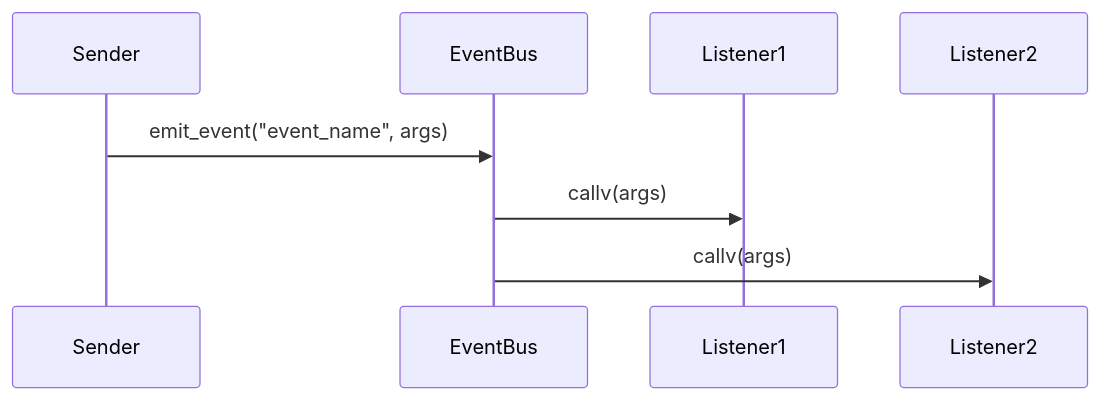
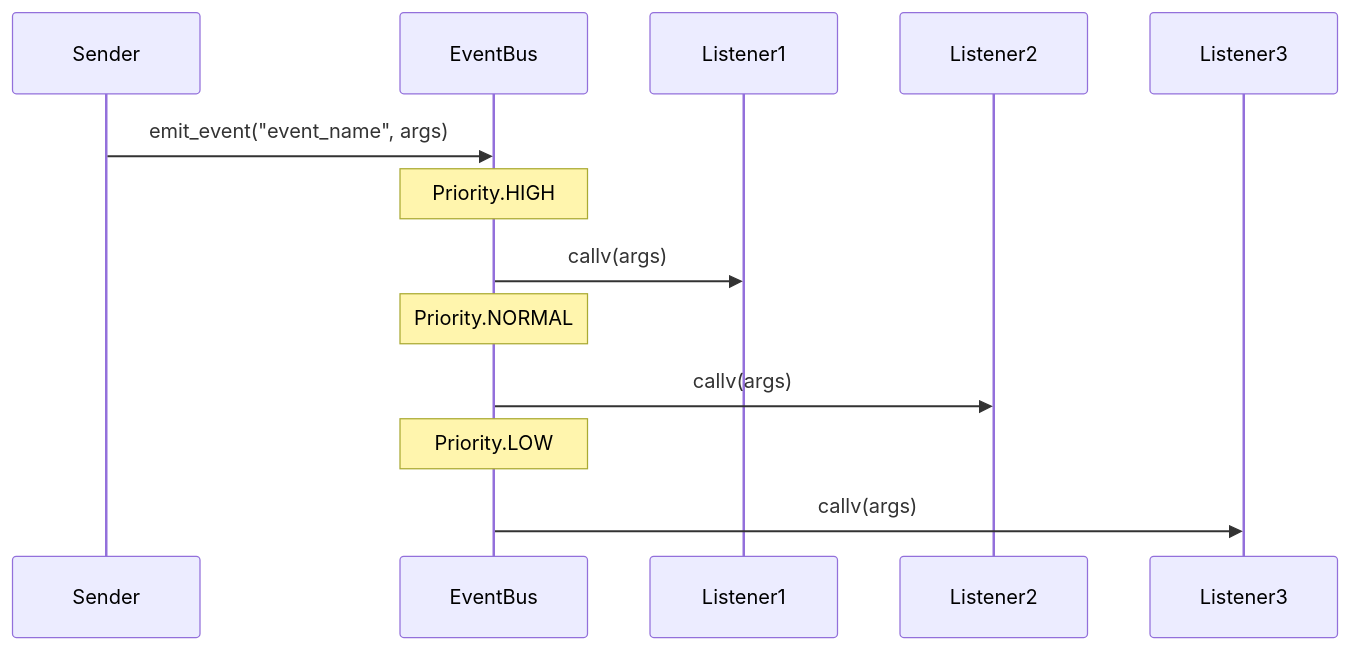
The second of 3 diagrams in Docs/10_CoreDocs/15_ImplementationSpecs/15.2_EventBus.md (nel2116/GodotGame), drawn with Mermaid before and after one commit. The commit also changed other lines of this file and 2 other files, not shown here.

Commit message:
feat: EventBusに優先順位付きイベント処理と非同期イベント処理を実装 Closes #3

````diff
--- a/Docs/10_CoreDocs/15_ImplementationSpecs/15.2_EventBus.md
+++ b/Docs/10_CoreDocs/15_ImplementationSpecs/15.2_EventBus.md
@@ -146,11 +187,16 @@
 ```mermaid
 sequenceDiagram
     participant Sender
     participant EventBus
     participant Listener1
     participant Listener2
+    participant Listener3
 
     Sender->>EventBus: emit_event("event_name", args)
+    Note over EventBus: Priority.HIGH
     EventBus->>Listener1: callv(args)
+    Note over EventBus: Priority.NORMAL
     EventBus->>Listener2: callv(args)
+    Note over EventBus: Priority.LOW
+    EventBus->>Listener3: callv(args)
 ```
````
